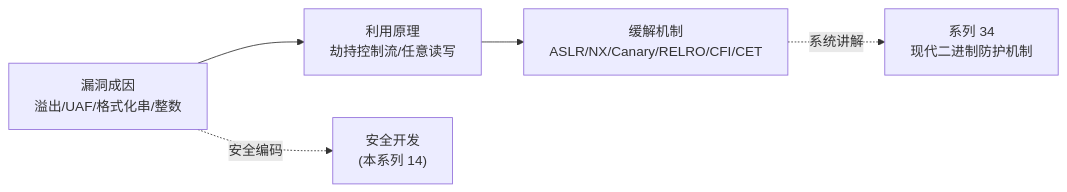
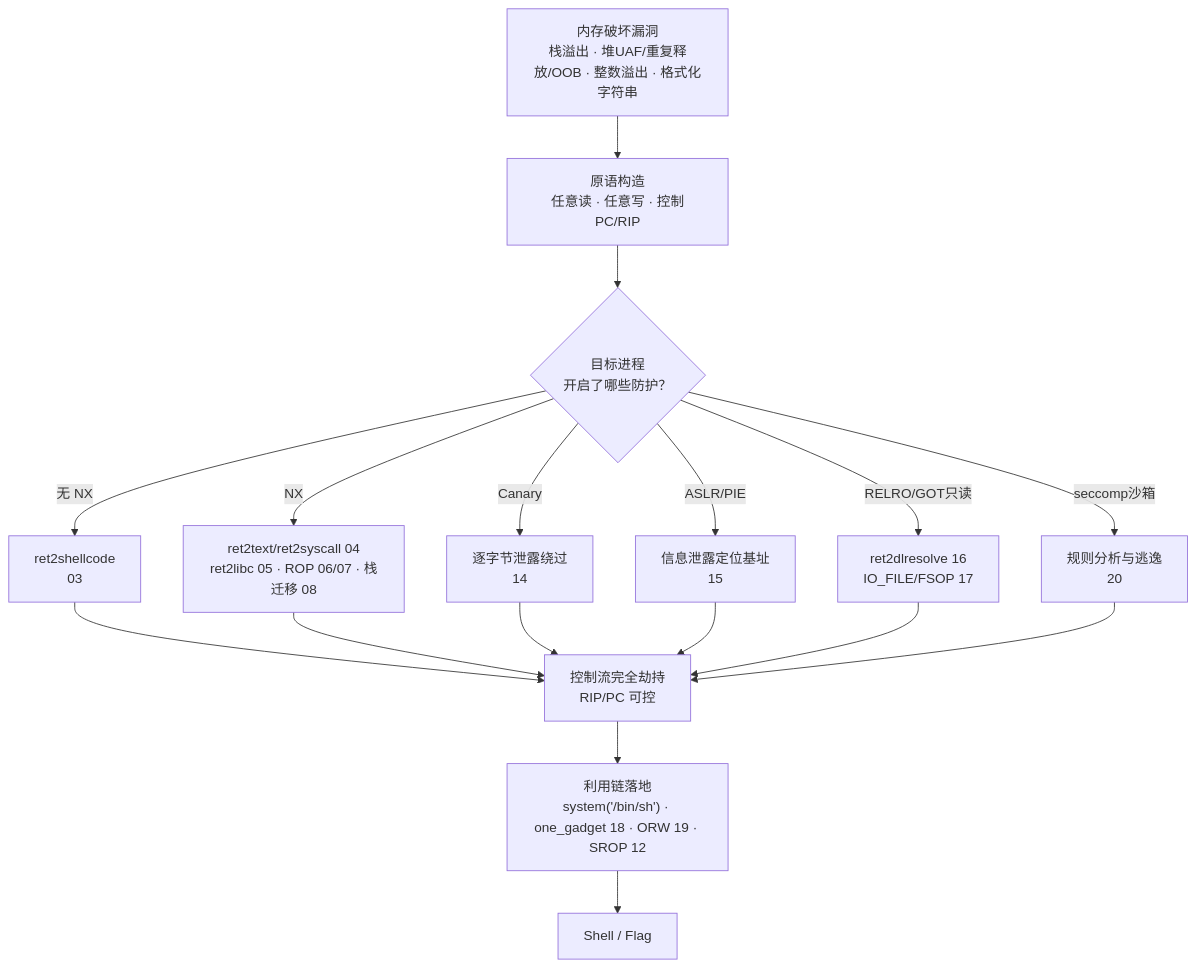
One commit to GeeseHoward1983/Knowledges changed the first of 2 diagrams in 33.二进制漏洞与利用基础/00.二进制漏洞与利用基础总览.md. Above: the diagram before and after it, drawn with Mermaid. The commit also changed other lines of this file and 243 other files, not shown here.

````diff
--- a/33.二进制漏洞与利用基础/00.二进制漏洞与利用基础总览.md
+++ b/33.二进制漏洞与利用基础/00.二进制漏洞与利用基础总览.md
@@ -80,7 +18,19 @@
 ```mermaid
-graph LR
-  V["漏洞成因<br/>溢出/UAF/格式化串/整数"] --> E["利用原理<br/>劫持控制流/任意读写"]
-  E --> M["缓解机制<br/>ASLR/NX/Canary/RELRO/CFI/CET"]
-  M -. 系统讲解 .-> S34["系列 34<br/>现代二进制防护机制"]
-  V -. 安全编码 .-> D["安全开发<br/>(本系列 14)"]
+graph TD
+    A["内存破坏漏洞<br/>栈溢出 · 堆UAF/重复释放/OOB · 整数溢出 · 格式化字符串"] --> B["原语构造<br/>任意读 · 任意写 · 控制PC/RIP"]
+    B --> C{"目标进程<br/>开启了哪些防护？"}
+    C -->|"无 NX"| D["ret2shellcode<br/>03"]
+    C -->|"NX"| E["ret2text/ret2syscall 04<br/>ret2libc 05 · ROP 06/07 · 栈迁移 08"]
+    C -->|"Canary"| F["逐字节泄露绕过<br/>14"]
+    C -->|"ASLR/PIE"| G["信息泄露定位基址<br/>15"]
+    C -->|"RELRO/GOT只读"| H["ret2dlresolve 16<br/>IO_FILE/FSOP 17"]
+    C -->|"seccomp沙箱"| I["规则分析与逃逸<br/>20"]
+    D --> J["控制流完全劫持<br/>RIP/PC 可控"]
+    E --> J
+    F --> J
+    G --> J
+    H --> J
+    I --> J
+    J --> K["利用链落地<br/>system('/bin/sh') · one_gadget 18 · ORW 19 · SROP 12"]
+    K --> L["Shell / Flag"]
 ```
````
